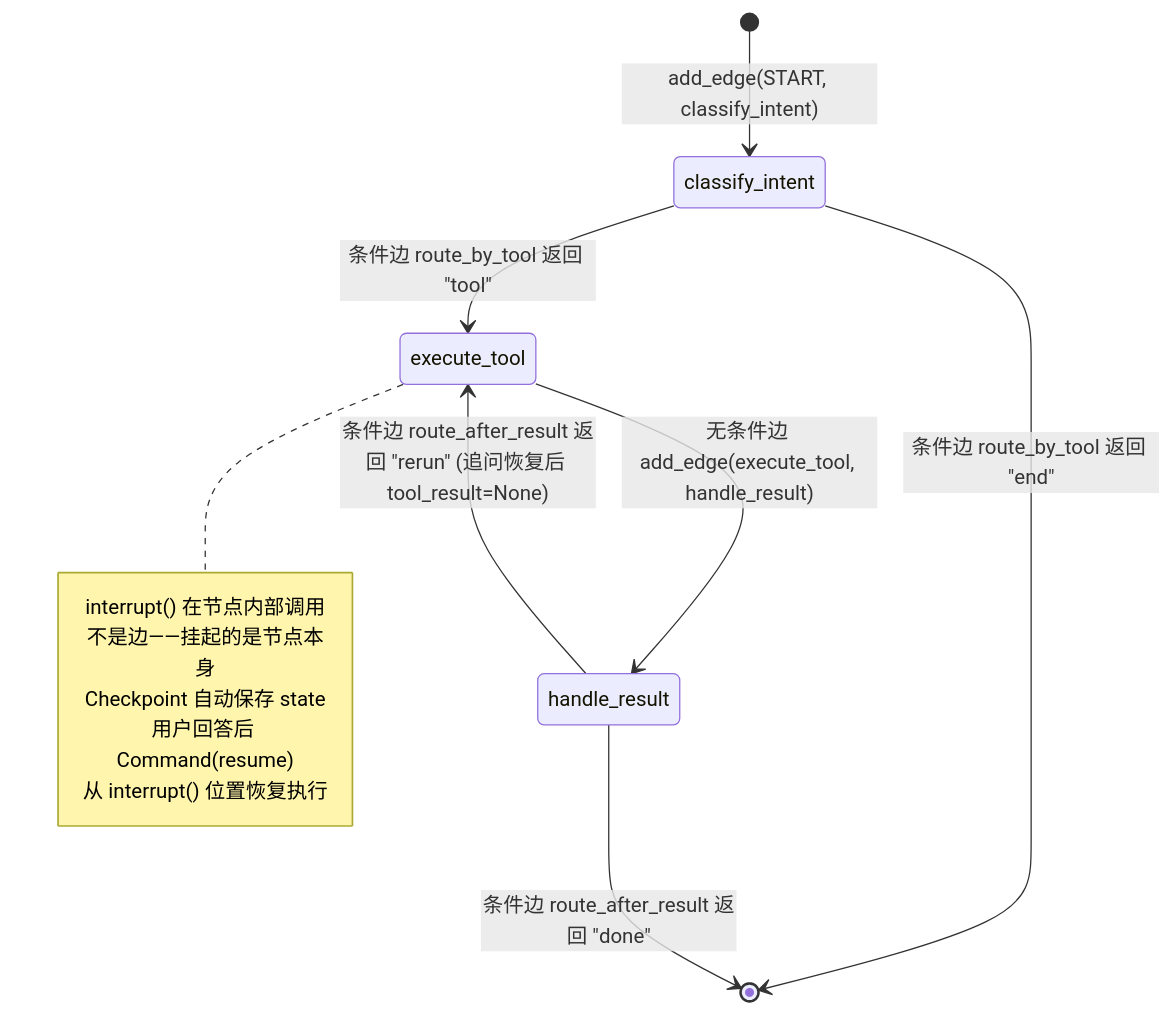
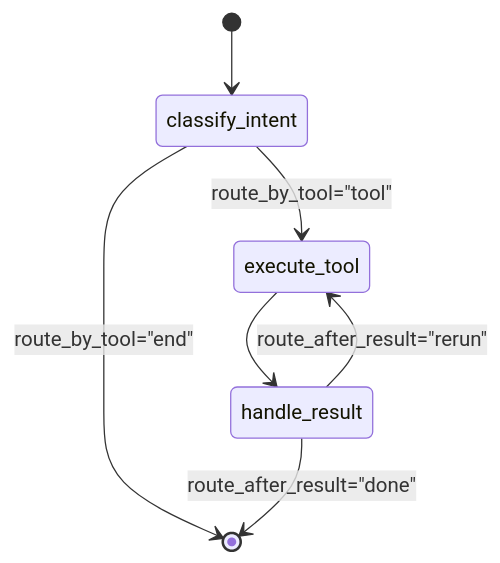
One commit to 996Code/llm-to-modeler changed the tenth of 27 diagrams in doc/系统架构与学习指南.md. Above: the diagram before and after it, drawn with Mermaid. The commit also changed other lines of this file, not shown here.

First line of the commit message:
docs: 深度解析 interrupt/resume 机制 + 拆分所有大图

````diff
--- a/doc/系统架构与学习指南.md
+++ b/doc/系统架构与学习指南.md
@@ -205,19 +205,9 @@
 ```mermaid
 stateDiagram-v2
-    [*] --> classify_intent: add_edge(START, classify_intent)
-
-    classify_intent --> execute_tool: 条件边 route_by_tool 返回 "tool"
-    classify_intent --> [*]: 条件边 route_by_tool 返回 "end"
-
-    execute_tool --> handle_result: 无条件边 add_edge(execute_tool, handle_result)
-    note right of execute_tool
-        interrupt() 在节点内部调用
-        不是边——挂起的是节点本身
-        Checkpoint 自动保存 state
-        用户回答后 Command(resume)
-        从 interrupt() 位置恢复执行
-    end note
-
-    handle_result --> execute_tool: 条件边 route_after_result 返回 "rerun" (追问恢复后 tool_result=None)
-    handle_result --> [*]: 条件边 route_after_result 返回 "done"
+    [*] --> classify_intent
+    classify_intent --> execute_tool: route_by_tool="tool"
+    classify_intent --> [*]: route_by_tool="end"
+    execute_tool --> handle_result
+    handle_result --> execute_tool: route_after_result="rerun"
+    handle_result --> [*]: route_after_result="done"
 ```
````
